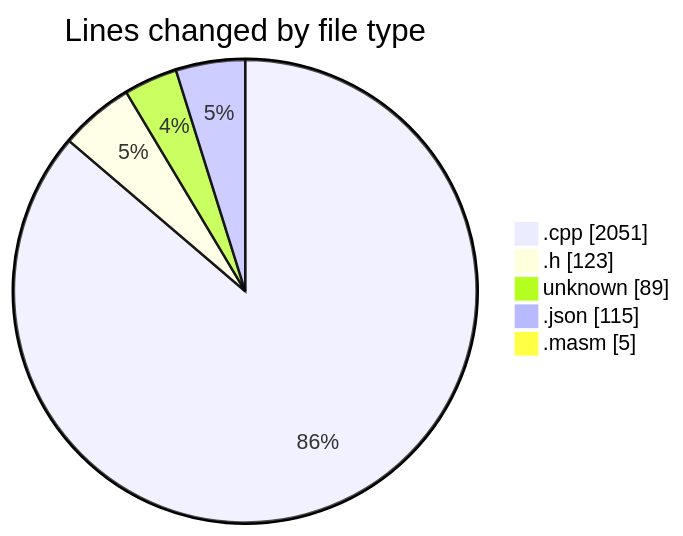
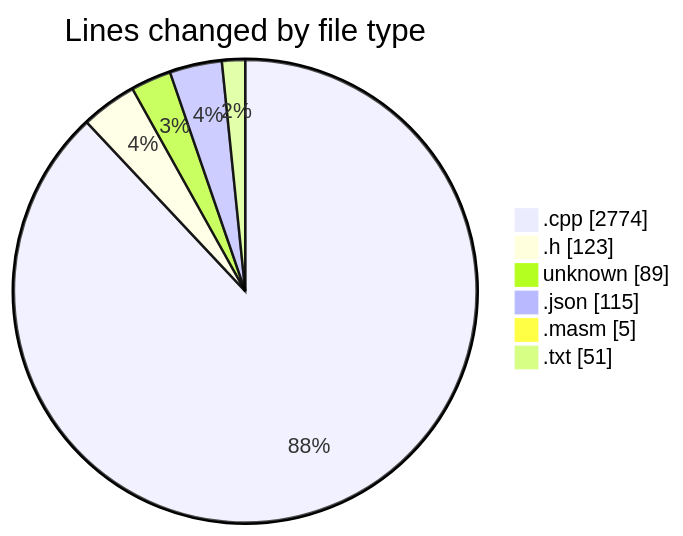
One commit to charlie-sans/code-tracking changed the first of 2 diagrams in 2025-04-29/c-masm/README.md. Above: the diagram before and after it, drawn with Mermaid. The commit also changed other lines of this file and 1 other file, not shown here.

````diff
--- a/2025-04-29/c-masm/README.md
+++ b/2025-04-29/c-masm/README.md
@@ -26,9 +28,10 @@
 ```mermaid
 pie showData
 title Lines changed by file type
-".cpp" : 2051
+".cpp" : 2774
 ".h" : 123
 "unknown" : 89
 ".json" : 115
 ".masm" : 5
+".txt" : 51
 ```
````
